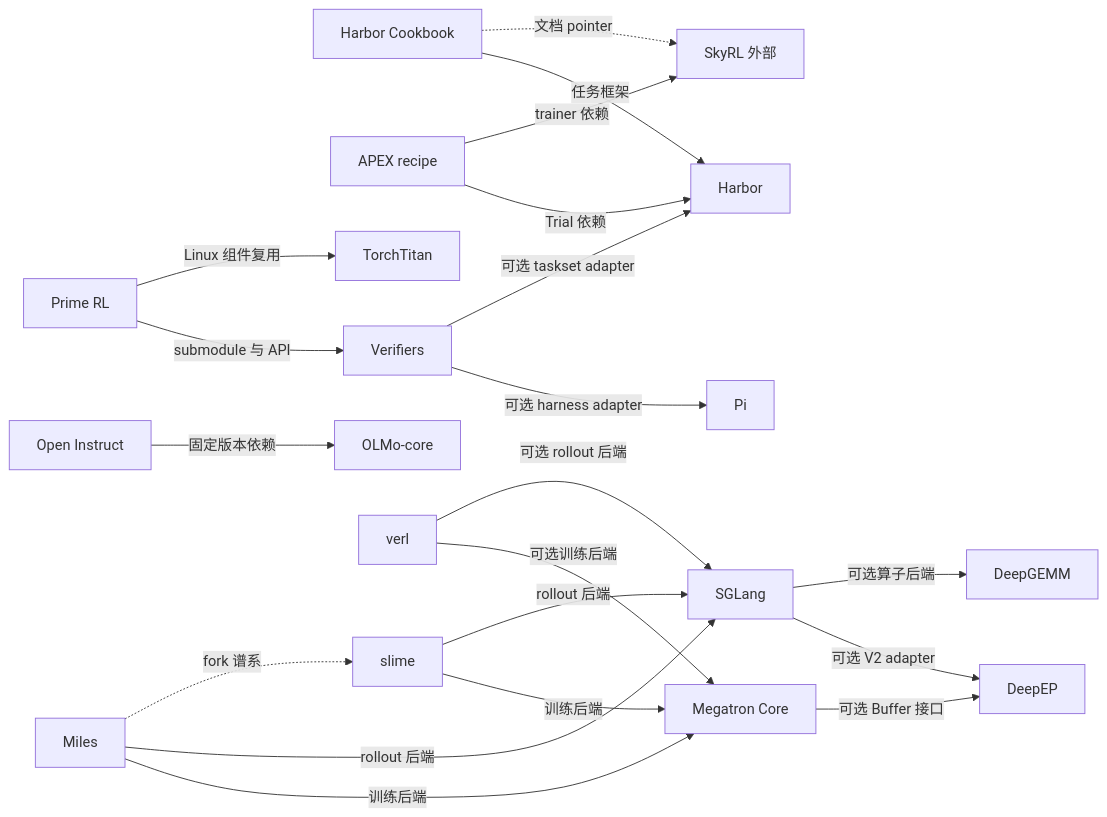
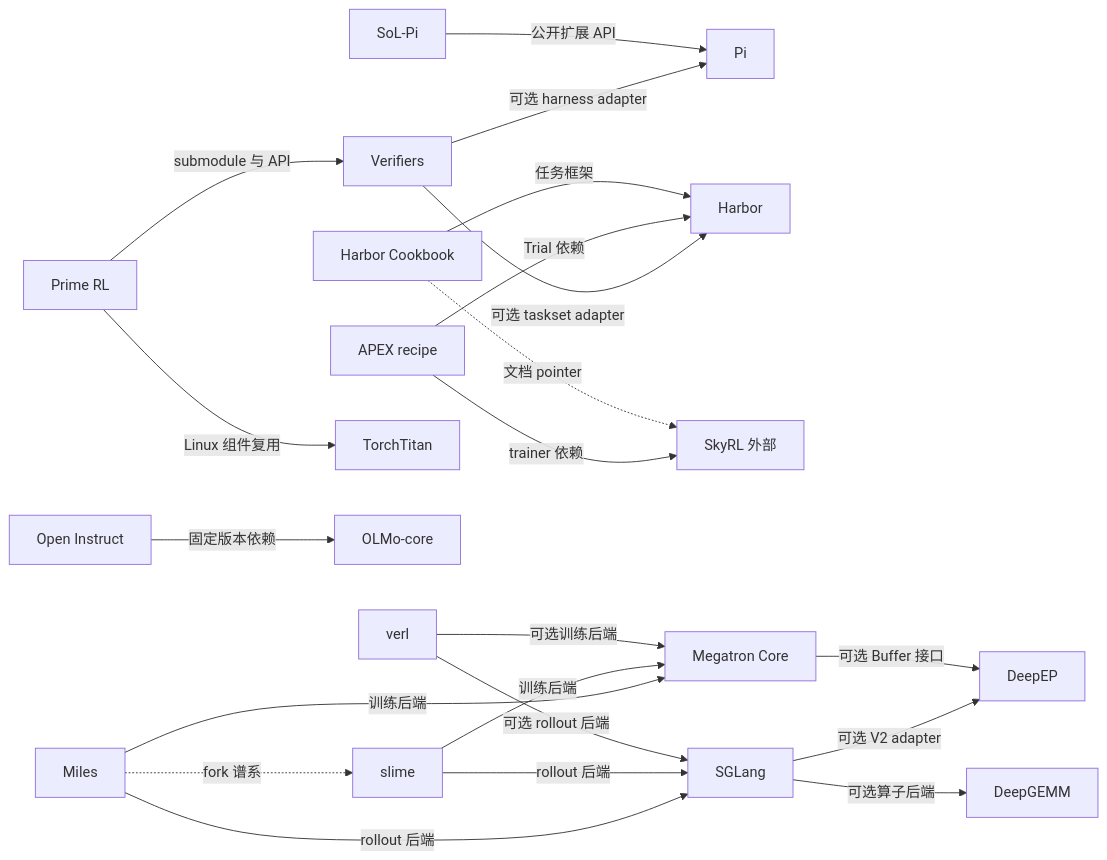
One commit to yubol-bobo/frontier_llm_handbook changed the diagram in REPO_RELATIONSHIPS.md. Above: the diagram before and after it, drawn with Mermaid. The commit also changed other lines of this file and 44 other files, not shown here.

````diff
--- a/REPO_RELATIONSHIPS.md
+++ b/REPO_RELATIONSHIPS.md
@@ -11,22 +11,23 @@
 ```mermaid
 flowchart LR
+  SoLPi[SoL-Pi] -->|公开扩展 API| Pi
   Cookbook[Harbor Cookbook] -->|任务框架| Harbor[Harbor]
   Cookbook -.->|文档 pointer| SkyRL[SkyRL 外部]
   APEX[APEX recipe] -->|Trial 依赖| Harbor
   APEX -->|trainer 依赖| SkyRL
   Prime[Prime RL] -->|submodule 与 API| VF[Verifiers]
   Prime -->|Linux 组件复用| Titan[TorchTitan]
   VF -->|可选 harness adapter| Pi[Pi]
   VF -->|可选 taskset adapter| Harbor
   OI[Open Instruct] -->|固定版本依赖| OLMo[OLMo-core]
   Verl[verl] -->|可选训练后端| Mega[Megatron Core]
   Verl -->|可选 rollout 后端| SGLang[SGLang]
   Slime[slime] -->|训练后端| Mega
   Slime -->|rollout 后端| SGLang
   Miles[Miles] -->|训练后端| Mega
   Miles -->|rollout 后端| SGLang
   Miles -.->|fork 谱系| Slime
   Mega -->|可选 Buffer 接口| EP[DeepEP]
   SGLang -->|可选 V2 adapter| EP
   SGLang -->|可选算子后端| GEMM[DeepGEMM]
 ```
````
